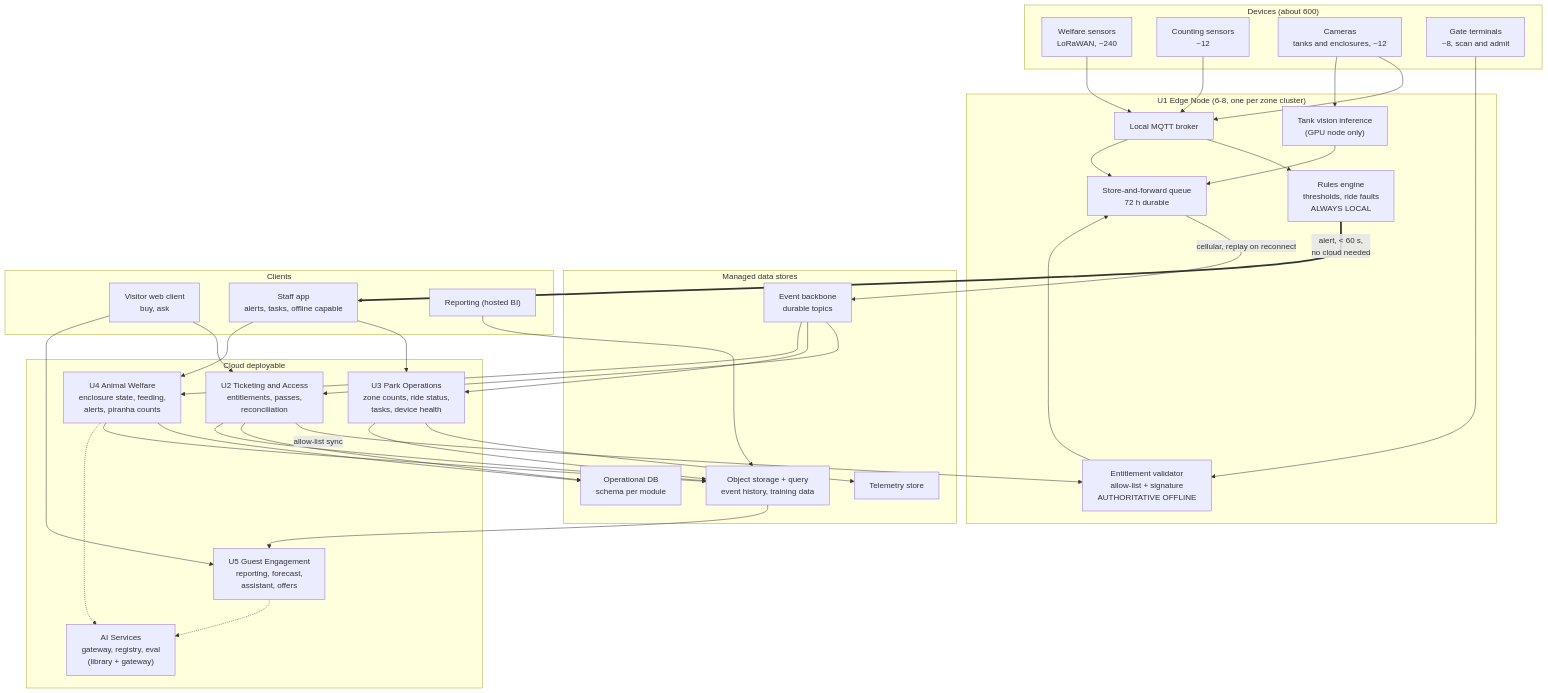
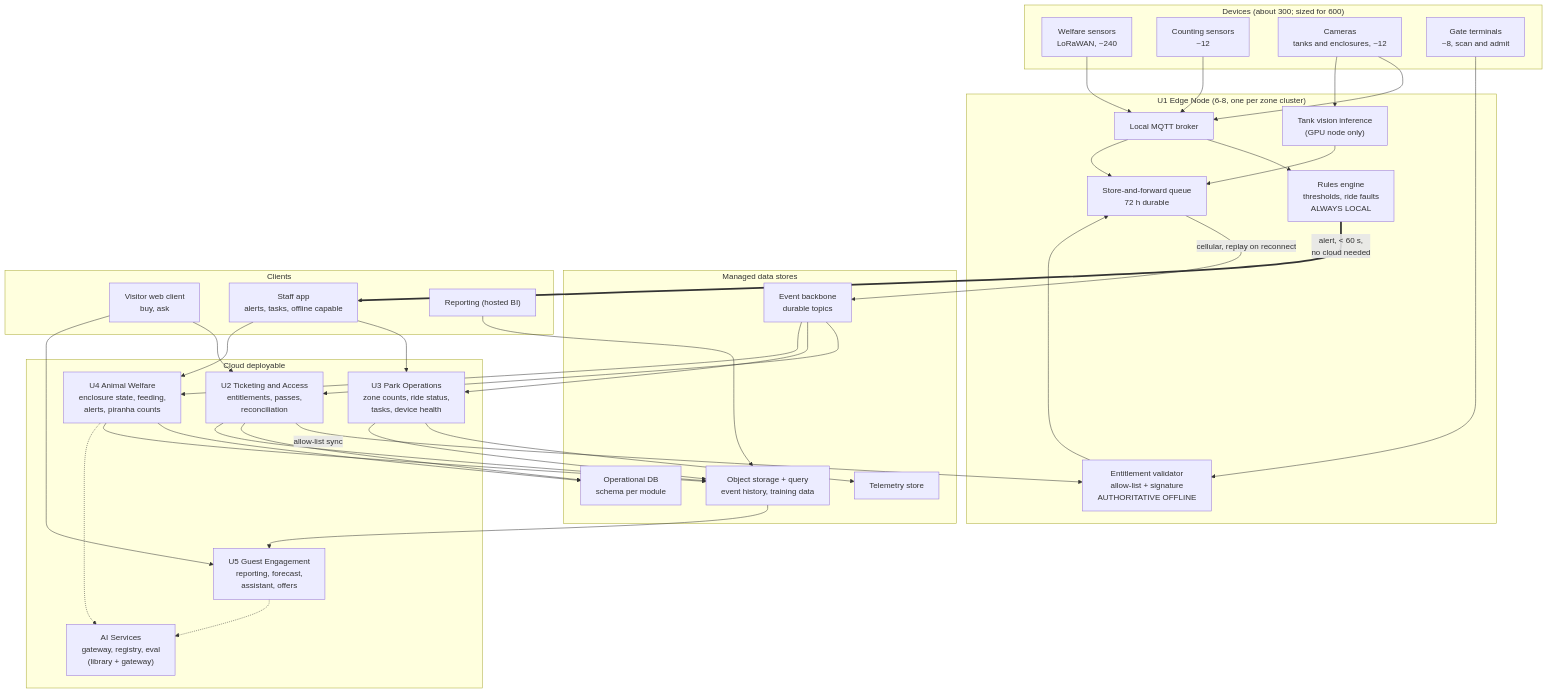
The diagram in diagrams/container.md (igor-sadchenko/ak2026), drawn with Mermaid before and after one commit. The commit also changed 17 other files, not shown here.

````diff
--- a/diagrams/container.md
+++ b/diagrams/container.md
@@ -3,70 +3,70 @@
 ```mermaid
 flowchart TB
-  subgraph DEV["Devices (about 600)"]
+  subgraph DEV["Devices (about 300; sized for 600)"]
     SEN["Welfare sensors<br/>LoRaWAN, ~240"]
     CNT["Counting sensors<br/>~12"]
     CAM["Cameras<br/>tanks and enclosures, ~12"]
     TERM["Gate terminals<br/>~8, scan and admit"]
   end
 
   subgraph EDGE["U1 Edge Node (6-8, one per zone cluster)"]
     BRK["Local MQTT broker"]
     SAF["Rules engine<br/>thresholds, ride faults<br/>ALWAYS LOCAL"]
     VAL["Entitlement validator<br/>allow-list + signature<br/>AUTHORITATIVE OFFLINE"]
     SFQ["Store-and-forward queue<br/>72 h durable"]
     GPU["Tank vision inference<br/>(GPU node only)"]
   end
 
   subgraph CLOUD["Cloud deployable"]
     U2["U2 Ticketing and Access<br/>entitlements, passes,<br/>reconciliation"]
     U3["U3 Park Operations<br/>zone counts, ride status,<br/>tasks, device health"]
     U4["U4 Animal Welfare<br/>enclosure state, feeding,<br/>alerts, piranha counts"]
     U5["U5 Guest Engagement<br/>reporting, forecast,<br/>assistant, offers"]
     AIS["AI Services<br/>gateway, registry, eval<br/>(library + gateway)"]
   end
 
   subgraph DATA["Managed data stores"]
     BUS["Event backbone<br/>durable topics"]
     ODB["Operational DB<br/>schema per module"]
     TSD["Telemetry store"]
     LAKE["Object storage + query<br/>event history, training data"]
   end
 
   subgraph CLIENTS["Clients"]
     WEB["Visitor web client<br/>buy, ask"]
     STAFF["Staff app<br/>alerts, tasks, offline capable"]
     BI["Reporting (hosted BI)"]
   end
 
   SEN --> BRK
   CNT --> BRK
   CAM --> BRK
   CAM --> GPU
   TERM --> VAL
   BRK --> SAF
   BRK --> SFQ
   GPU --> SFQ
   VAL --> SFQ
   SAF ==>|"alert, < 60 s,<br/>no cloud needed"| STAFF
   SFQ -->|"cellular, replay on reconnect"| BUS
   U2 -->|"allow-list sync"| VAL
 
   BUS --> U2
   BUS --> U3
   BUS --> U4
   U2 --> ODB
   U3 --> TSD
   U4 --> ODB
   U2 --> LAKE
   U3 --> LAKE
   U4 --> LAKE
   LAKE --> U5
   U4 -.-> AIS
   U5 -.-> AIS
 
   WEB --> U2
   WEB --> U5
   STAFF --> U3
   STAFF --> U4
   BI --> LAKE
 ```
````
